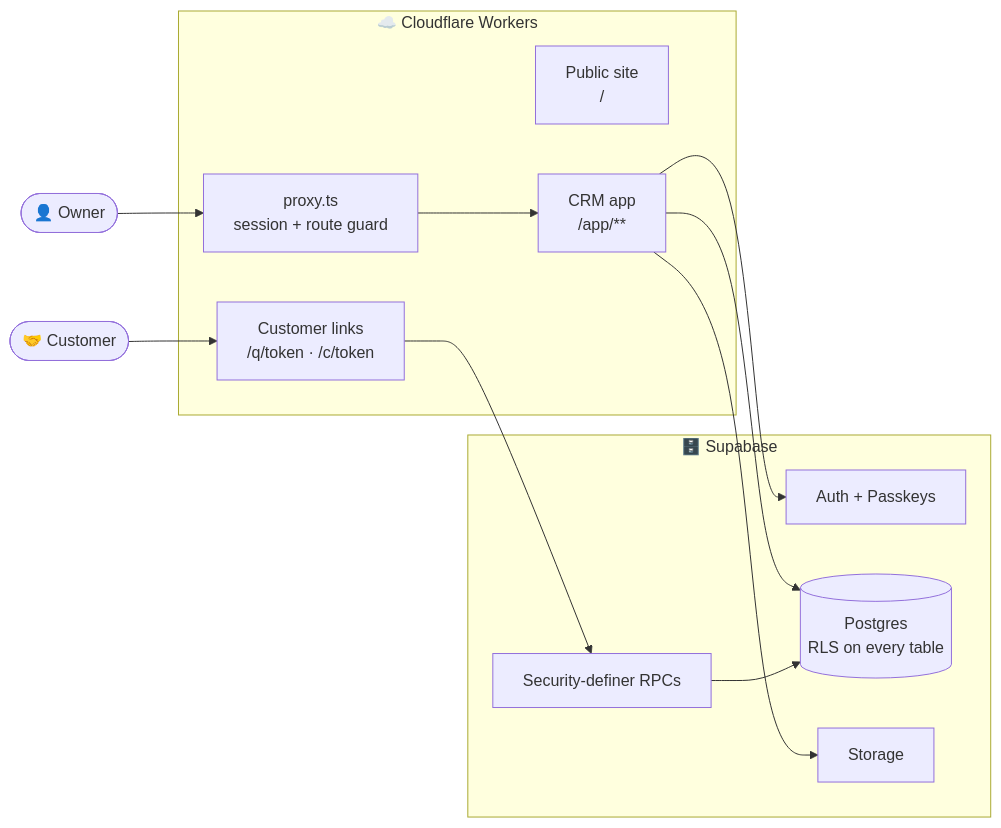
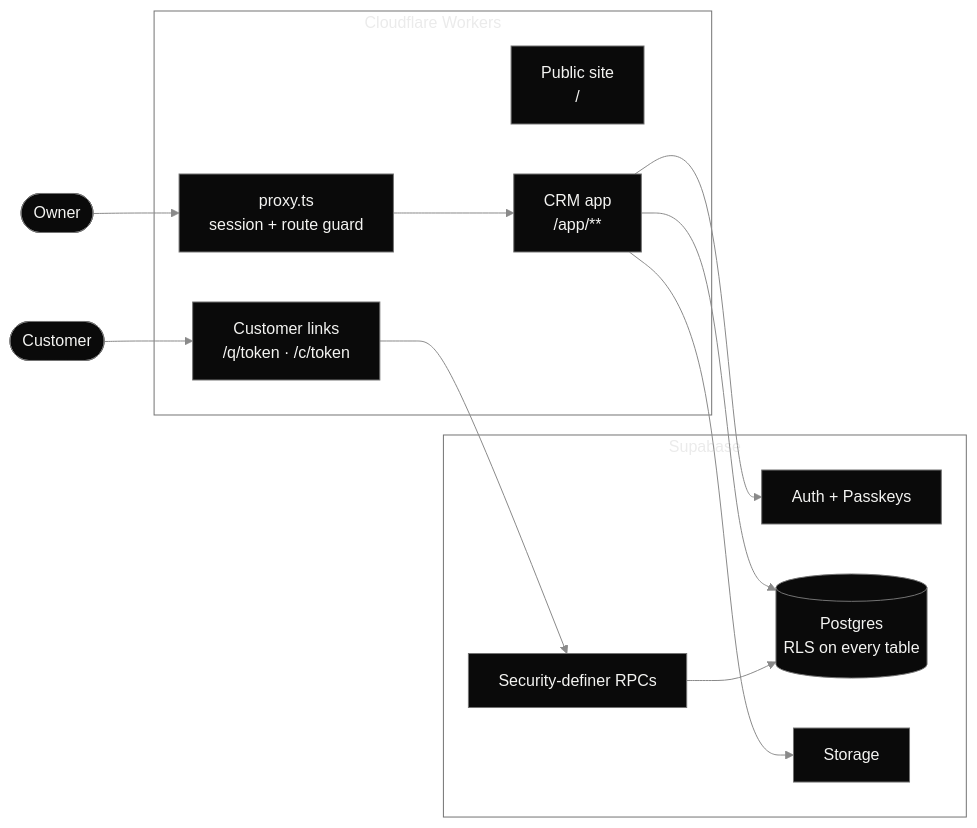
The first of 3 diagrams in README.md (F0rger123/Agency-Zero), drawn with Mermaid before and after one commit. The commit also changed other lines of this file and 6 other files, not shown here.

````diff
--- a/README.md
+++ b/README.md
@@ -51,21 +67,22 @@
 ```mermaid
+%%{init: {'theme':'base','themeVariables':{'primaryColor':'#0a0a0a','primaryTextColor':'#f4f4f2','primaryBorderColor':'#737373','lineColor':'#8a8a8a','secondaryColor':'#1f1f1f','tertiaryColor':'#141414','clusterBkg':'transparent','clusterBorder':'#737373','noteBkgColor':'#1f1f1f','noteTextColor':'#f4f4f2','actorBkg':'#0a0a0a','actorTextColor':'#f4f4f2','actorBorder':'#737373','signalColor':'#8a8a8a','signalTextColor':'#8a8a8a','labelBoxBkgColor':'#0a0a0a','fontFamily':'inherit'}}}%%
 flowchart LR
-    subgraph Edge["☁️ Cloudflare Workers"]
+    subgraph Edge["Cloudflare Workers"]
         Site["Public site<br/>/"]
         CRM["CRM app<br/>/app/**"]
         Links["Customer links<br/>/q/token · /c/token"]
         Proxy["proxy.ts<br/>session + route guard"]
     end
-    subgraph Data["🗄️ Supabase"]
+    subgraph Data["Supabase"]
         Auth["Auth + Passkeys"]
         PG[("Postgres<br/>RLS on every table")]
         RPC["Security-definer RPCs"]
         Store["Storage"]
     end
-    Owner(["👤 Owner"]) --> Proxy --> CRM
-    Client(["🤝 Customer"]) --> Links
+    Owner(["Owner"]) --> Proxy --> CRM
+    Client(["Customer"]) --> Links
     CRM --> Auth
     CRM --> PG
     CRM --> Store
     Links --> RPC --> PG
 ```
````
